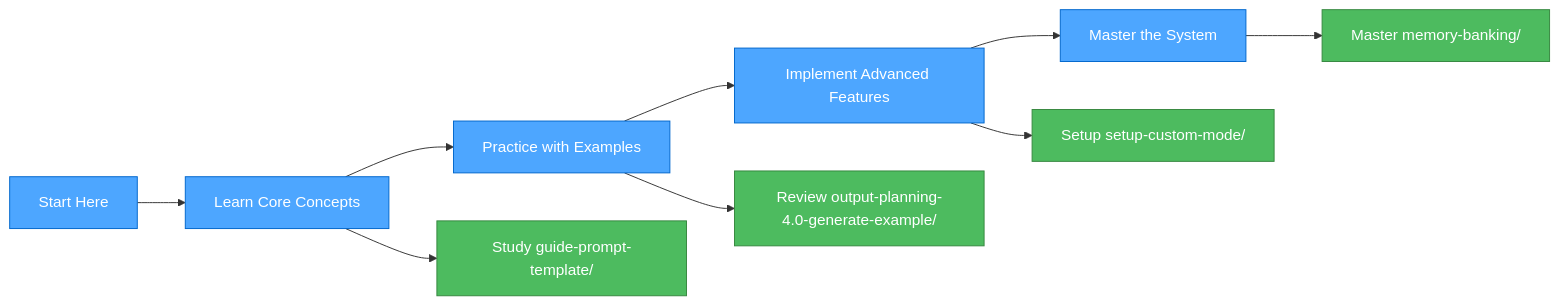
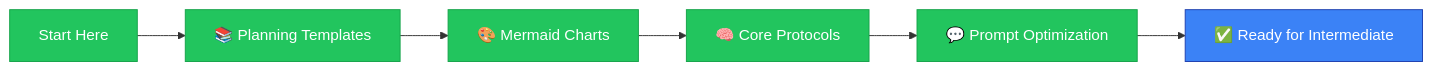
The second of 8 diagrams in README.md (giang6283623/cursor-tip), drawn with Mermaid before and after one commit. The commit also changed other lines of this file and 104 other files, not shown here.

````diff
--- a/README.md
+++ b/README.md
@@ -71,18 +69,14 @@
 ```mermaid
 graph LR
-    Start[Start Here] --> Learn[Learn Core Concepts]
-    Learn --> Practice[Practice with Examples]
-    Practice --> Implement[Implement Advanced Features]
-    Implement --> Master[Master the System]
-
-    Learn --> GuideTemplates[Study guide-prompt-template/]
-    Practice --> PlanningExamples[Review output-planning-4.0-generate-example/]
-    Implement --> SetupSystem[Setup setup-custom-mode/]
-    Master --> MemoryBank[Master memory-banking/]
-
-    classDef step fill:#4da6ff,stroke:#0066cc,color:white
-    classDef action fill:#4dbb5f,stroke:#36873f,color:white
-
-    class Start,Learn,Practice,Implement,Master step
-    class GuideTemplates,PlanningExamples,SetupSystem,MemoryBank action
+    Start[Start Here] --> Templates[📚 Planning Templates]
+    Templates --> Charts[🎨 Mermaid Charts]
+    Charts --> Protocols[🧠 Core Protocols]
+    Protocols --> Optimize[💬 Prompt Optimization]
+    Optimize --> Ready[✅ Ready for Intermediate]
+    
+    classDef step fill:#22c55e,stroke:#16a34a,color:white
+    classDef ready fill:#3b82f6,stroke:#1e40af,color:white
+    
+    class Start,Templates,Charts,Protocols,Optimize step
+    class Ready ready
 ```
````
